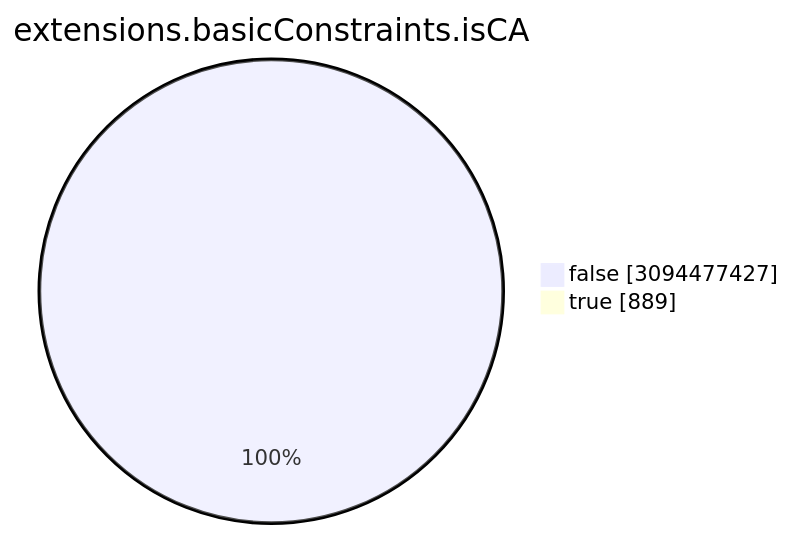
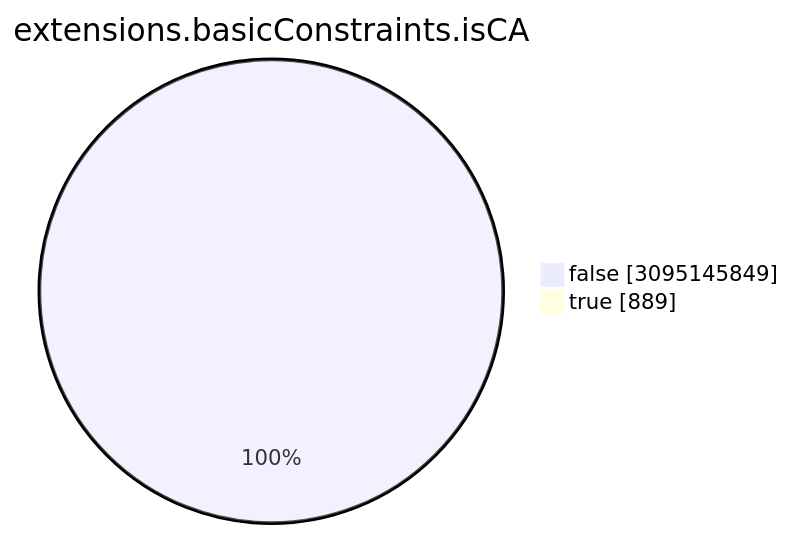
One commit to christiankrug/ctmonitor_visualization changed the seventh of 15 diagrams in TOTAL/README.md. Above: the diagram before and after it, drawn with Mermaid. The commit also changed other lines of this file, not shown here.

````diff
--- a/TOTAL/README.md
+++ b/TOTAL/README.md
@@ -3086,6 +3086,6 @@
 ```mermaid
 pie showData
 title extensions.basicConstraints.isCA
-"false" :3094477427
+"false" :3095145849
 "true" :889
 ```
````
